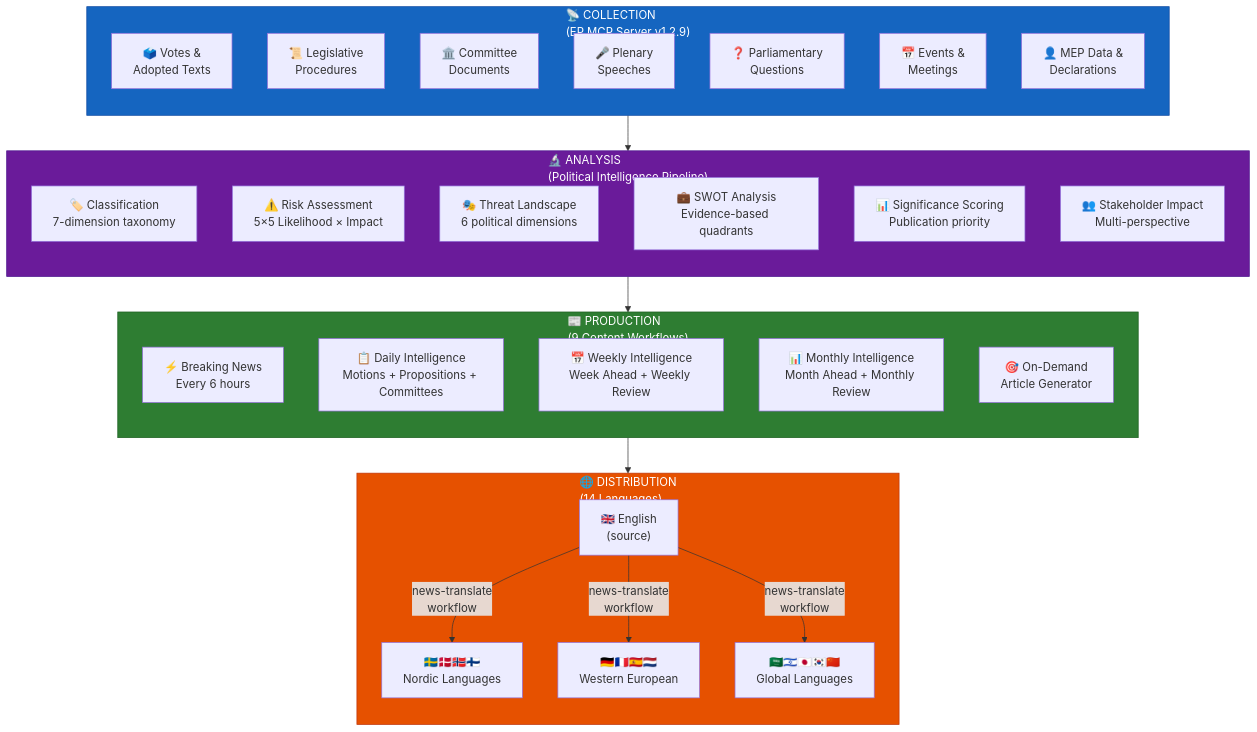
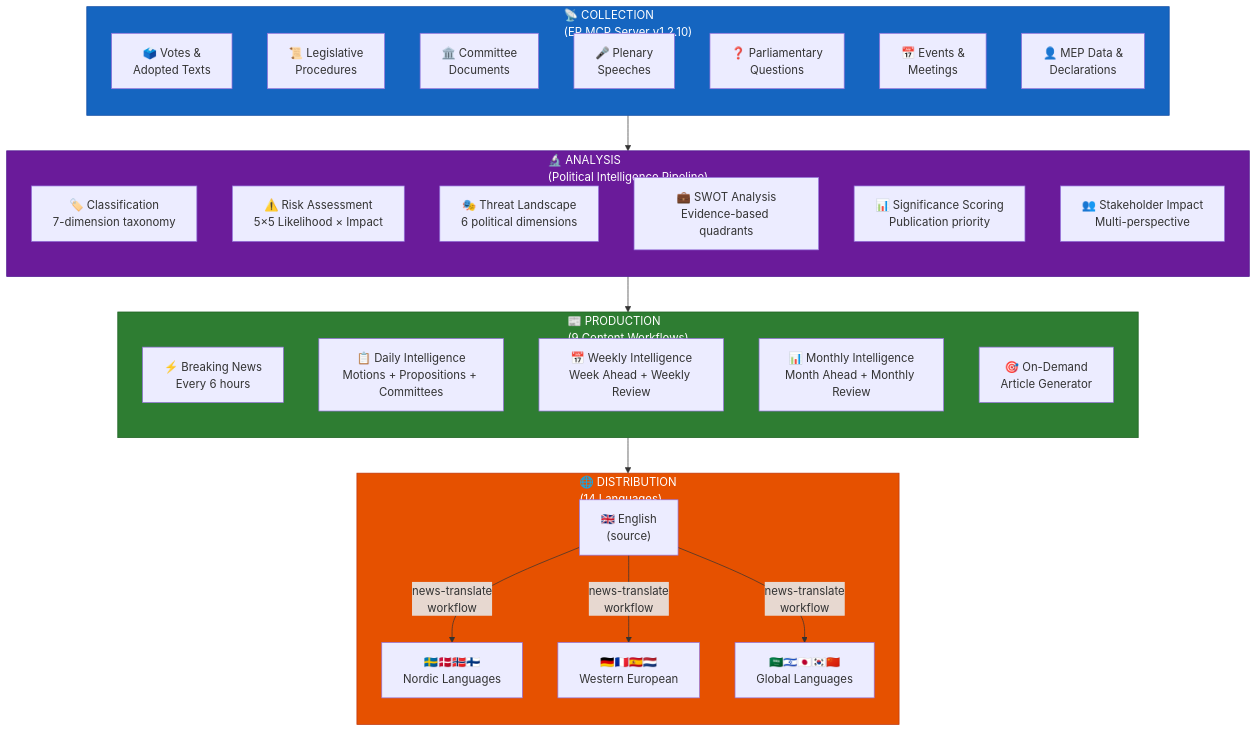
One commit to Hack23/euparliamentmonitor changed diagram 18 of 21 in WORKFLOWS.md. Above: the diagram before and after it, drawn with Mermaid. The commit also changed other lines of this file and 41 other files, not shown here.

````diff
--- a/WORKFLOWS.md
+++ b/WORKFLOWS.md
@@ -1625,48 +1625,48 @@
 ```mermaid
 flowchart TD
-    subgraph Collection["📡 COLLECTION<br/>(EP MCP Server v1.2.9)"]
+    subgraph Collection["📡 COLLECTION<br/>(EP MCP Server v1.2.10)"]
         direction TB
         C1["🗳️ Votes &<br/>Adopted Texts"]
         C2["📜 Legislative<br/>Procedures"]
         C3["🏛️ Committee<br/>Documents"]
         C4["🎤 Plenary<br/>Speeches"]
         C5["❓ Parliamentary<br/>Questions"]
         C6["📅 Events &<br/>Meetings"]
         C7["👤 MEP Data &<br/>Declarations"]
     end
 
     subgraph Analysis["🔬 ANALYSIS<br/>(Political Intelligence Pipeline)"]
         direction TB
         A1["🏷️ Classification<br/>7-dimension taxonomy"]
         A2["⚠️ Risk Assessment<br/>5×5 Likelihood × Impact"]
         A3["🎭 Threat Landscape<br/>6 political dimensions"]
         A4["💼 SWOT Analysis<br/>Evidence-based quadrants"]
         A5["📊 Significance Scoring<br/>Publication priority"]
         A6["👥 Stakeholder Impact<br/>Multi-perspective"]
     end
 
     subgraph Production["📰 PRODUCTION<br/>(9 Content Workflows)"]
         direction TB
         P1["⚡ Breaking News<br/>Every 6 hours"]
         P2["📋 Daily Intelligence<br/>Motions + Propositions + Committees"]
         P3["📅 Weekly Intelligence<br/>Week Ahead + Weekly Review"]
         P4["📊 Monthly Intelligence<br/>Month Ahead + Monthly Review"]
         P5["🎯 On-Demand<br/>Article Generator"]
     end
 
     subgraph Distribution["🌐 DISTRIBUTION<br/>(14 Languages)"]
         direction TB
         D1["🇬🇧 English<br/>(source)"]
         D2["🇸🇪🇩🇰🇳🇴🇫🇮<br/>Nordic Languages"]
         D3["🇩🇪🇫🇷🇪🇸🇳🇱<br/>Western European"]
         D4["🇸🇦🇮🇱🇯🇵🇰🇷🇨🇳<br/>Global Languages"]
     end
 
     Collection --> Analysis --> Production --> D1
     D1 --> |"news-translate<br/>workflow"| D2 & D3 & D4
 
     style Collection fill:#1565C0,stroke:#0D47A1,color:#FFFFFF
     style Analysis fill:#6A1B9A,stroke:#4A148C,color:#FFFFFF
     style Production fill:#2E7D32,stroke:#1B5E20,color:#FFFFFF
     style Distribution fill:#E65100,stroke:#BF360C,color:#FFFFFF
 ```
````
